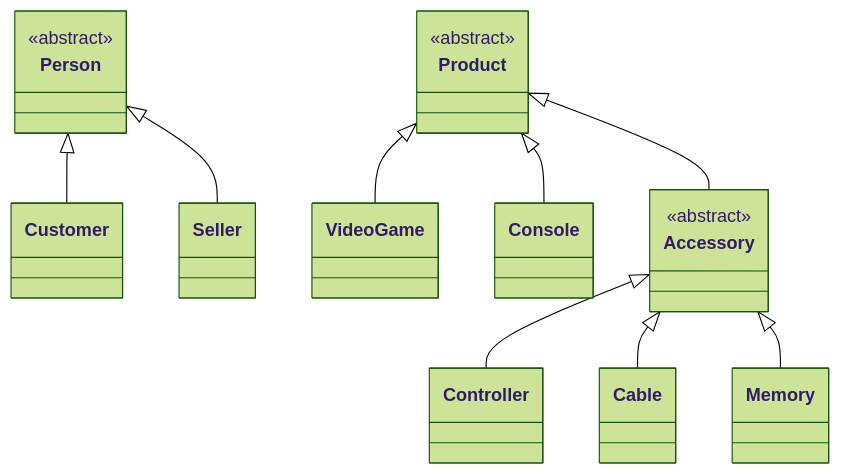
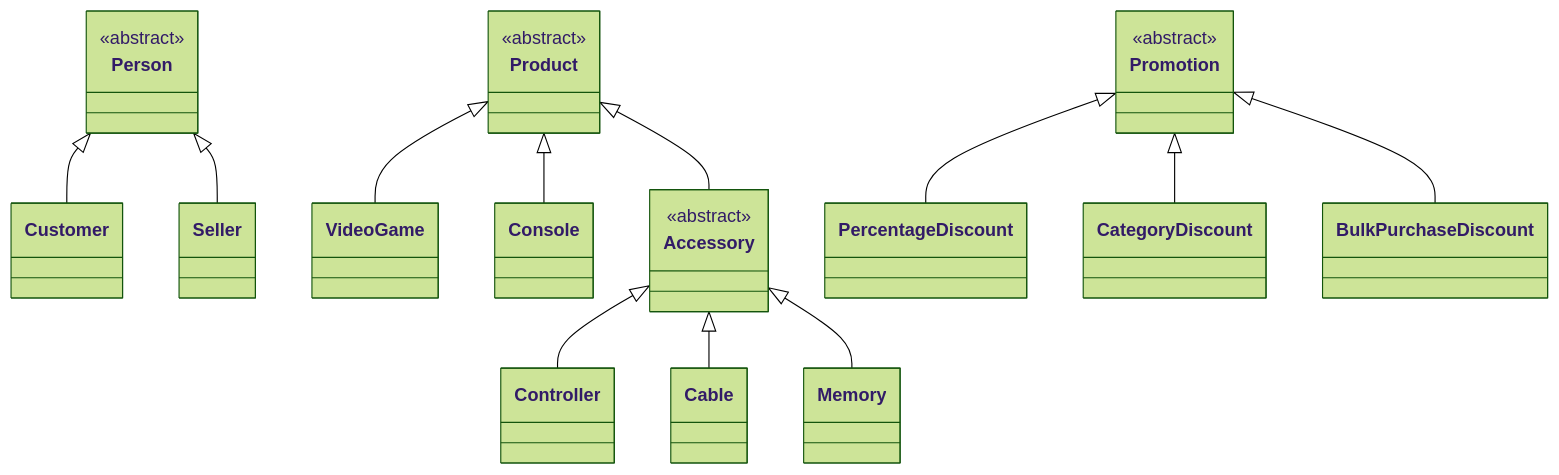
Before and after one commit to samueldrangel/GameZoneUnicesar2: the diagram in docs/hierarchy-diagram.md, drawn with Mermaid (forest theme).

Commit message:
docs: hierarchy diagram was update with promotion classes

````diff
--- a/docs/hierarchy-diagram.md
+++ b/docs/hierarchy-diagram.md
@@ -1,22 +1,33 @@
 ```mermaid
 classDiagram
     class Person { <<abstract>> }
     class Customer
     class Seller
+
     class Product { <<abstract>> }
     class VideoGame
     class Console
     class Accessory { <<abstract>> }
     class Controller
     class Cable
     class Memory
 
+    class Promotion { <<abstract>> }
+    class PercentageDiscount
+    class CategoryDiscount
+    class BulkPurchaseDiscount
+
     Person <|-- Customer
     Person <|-- Seller
+
     Product <|-- VideoGame
     Product <|-- Console
     Product <|-- Accessory
     Accessory <|-- Controller
     Accessory <|-- Cable
     Accessory <|-- Memory
+
+    Promotion <|-- PercentageDiscount
+    Promotion <|-- CategoryDiscount
+    Promotion <|-- BulkPurchaseDiscount
 ```
````
